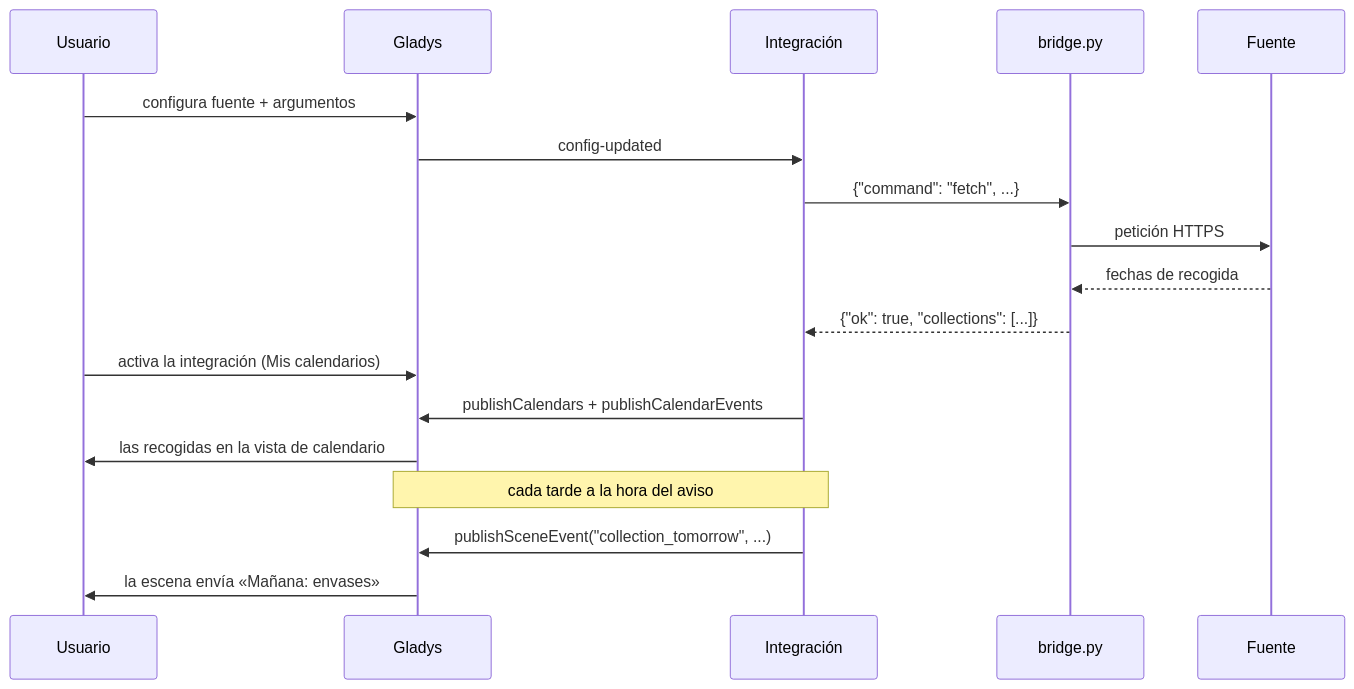
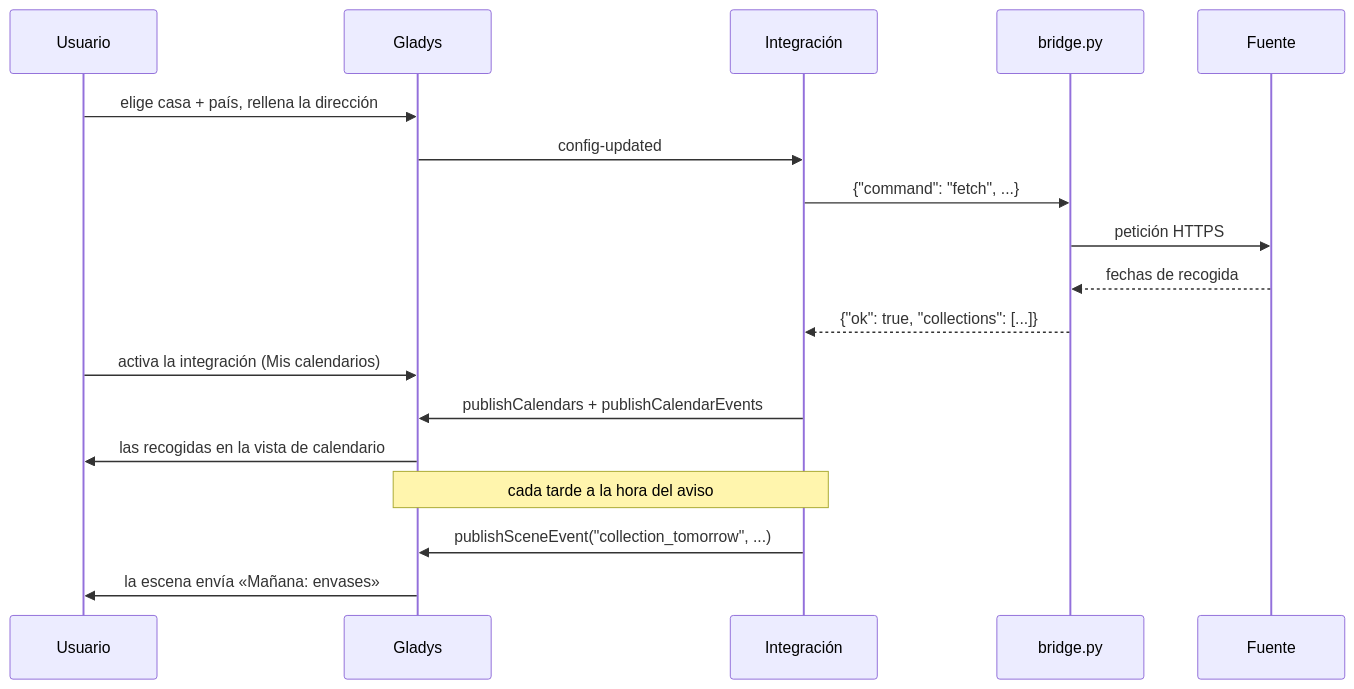
Before and after one commit to William-De71/gladys-waste-collection-schedule: the second of 3 diagrams in README.es.md, drawn with Mermaid. The commit also changed other lines of this file and 24 other files, not shown here.

````diff
--- a/README.es.md
+++ b/README.es.md
@@ -50,20 +50,20 @@
 ```mermaid
 sequenceDiagram
   participant U as Usuario
   participant G as Gladys
   participant I as Integración
   participant P as bridge.py
   participant S as Fuente
-  U->>G: configura fuente + argumentos
+  U->>G: elige casa + país, rellena la dirección
   G->>I: config-updated
   I->>P: {"command": "fetch", ...}
   P->>S: petición HTTPS
   S-->>P: fechas de recogida
   P-->>I: {"ok": true, "collections": [...]}
   U->>G: activa la integración (Mis calendarios)
   I->>G: publishCalendars + publishCalendarEvents
   G->>U: las recogidas en la vista de calendario
   Note over I,G: cada tarde a la hora del aviso
   I->>G: publishSceneEvent("collection_tomorrow", ...)
   G->>U: la escena envía «Mañana: envases»
 ```
````
